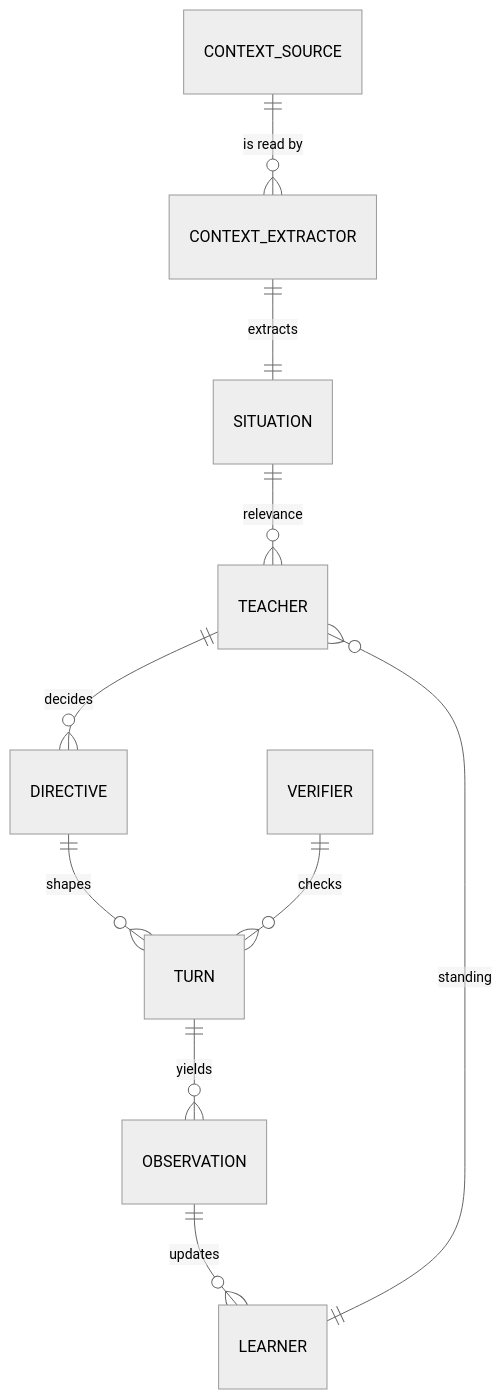
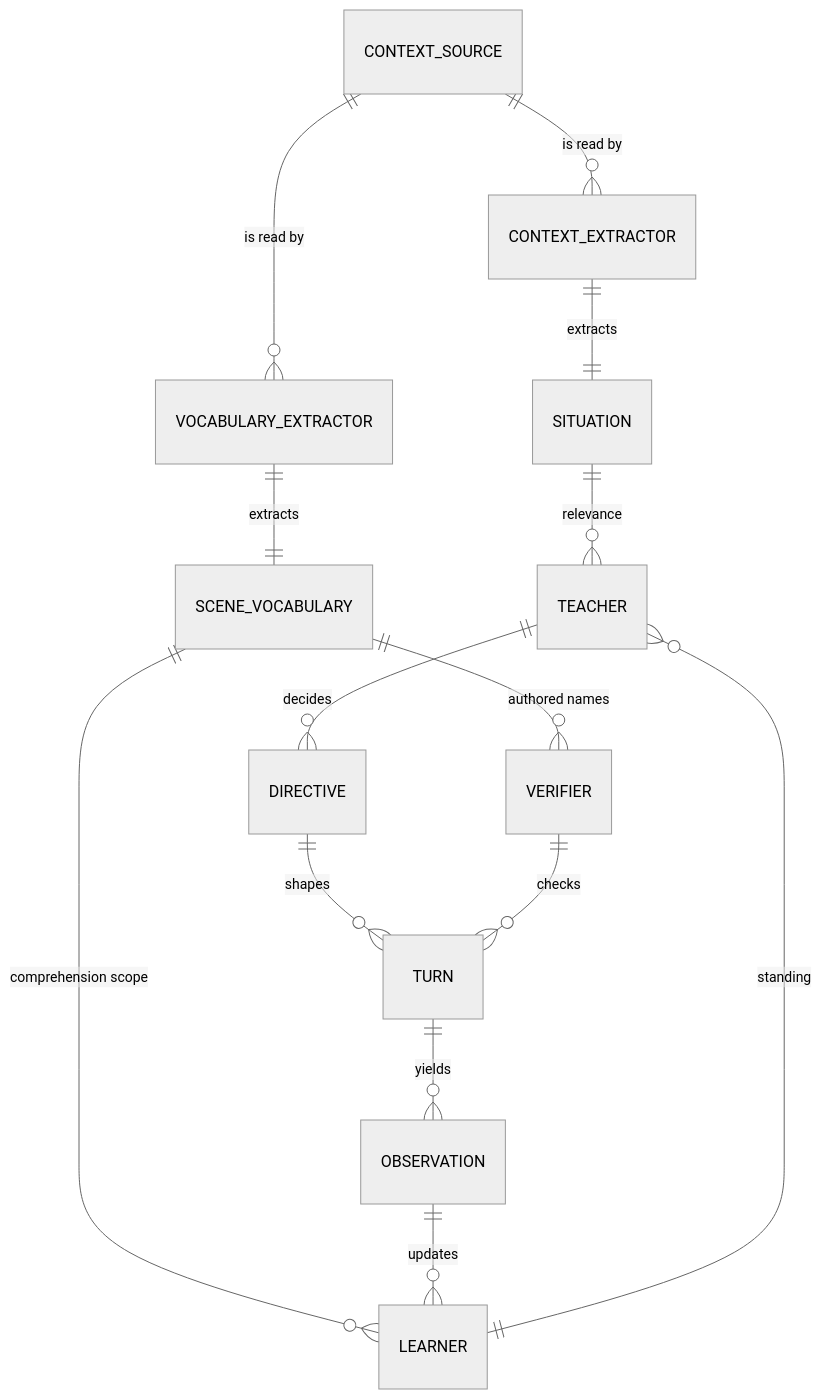
Before and after one commit to nikkileaps/sugarmagic: the first of 3 diagrams in packages/plugins/src/catalog/sugarlang/docs/api/domain-model-after-epic-090.md, drawn with Mermaid (neutral theme). The commit also changed other lines of this file and 1 other file, not shown here.

Commit message:
[docs] domain model: vocabulary extractor as the context extractor's sibling; situation's compile vs runtime halves

````diff
--- a/packages/plugins/src/catalog/sugarlang/docs/api/domain-model-after-epic-090.md
+++ b/packages/plugins/src/catalog/sugarlang/docs/api/domain-model-after-epic-090.md
@@ -17,14 +17,18 @@
 ```mermaid
 erDiagram
     CONTEXT_SOURCE ||--o{ CONTEXT_EXTRACTOR : "is read by"
+    CONTEXT_SOURCE ||--o{ VOCABULARY_EXTRACTOR : "is read by"
     CONTEXT_EXTRACTOR ||--|| SITUATION : "extracts"
+    VOCABULARY_EXTRACTOR ||--|| SCENE_VOCABULARY : "extracts"
 
     SITUATION ||--o{ TEACHER : "relevance"
     LEARNER ||--o{ TEACHER : "standing"
 
     TEACHER ||--o{ DIRECTIVE : "decides"
     DIRECTIVE ||--o{ TURN : "shapes"
     VERIFIER ||--o{ TURN : "checks"
+    SCENE_VOCABULARY ||--o{ VERIFIER : "authored names"
+    SCENE_VOCABULARY ||--o{ LEARNER : "comprehension scope"
     TURN ||--o{ OBSERVATION : "yields"
     OBSERVATION ||--o{ LEARNER : "updates"
 ```
````
